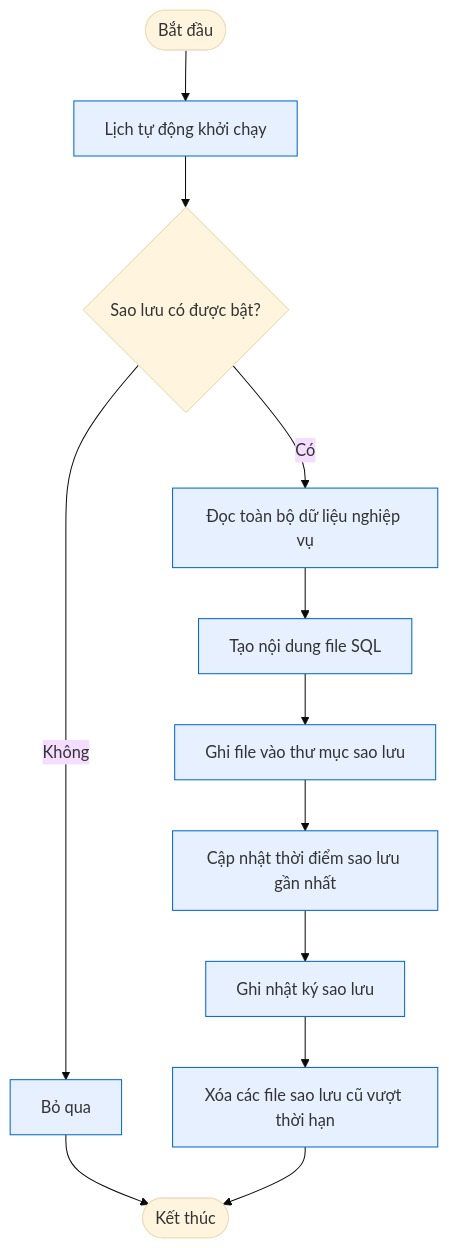
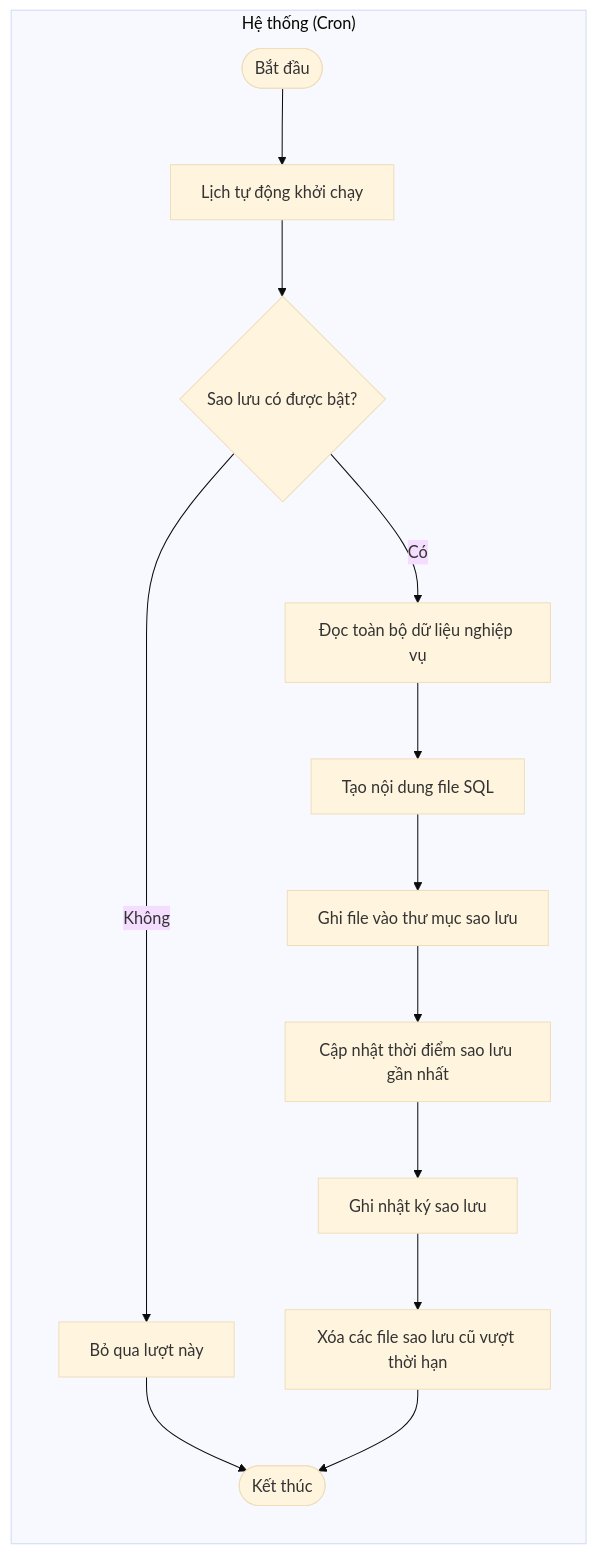
Before and after one commit to tranducbk/DATN_PM_QLKT: the eighth of 8 diagrams in docs/diagrams/02-activity.md, drawn with Mermaid (base theme). The commit also changed other lines of this file and 29 other files, not shown here.

First line of the commit message:
Update CLAUDE.md with additional validation rules and introduce new database schema

````diff
--- a/docs/diagrams/02-activity.md
+++ b/docs/diagrams/02-activity.md
@@ -246,21 +229,21 @@
 ```mermaid
-flowchart TD
-    Start([Bắt đầu])
-    S1[Lịch tự động khởi chạy]
-    D1{Sao lưu có được bật?}
-    S2[Bỏ qua]
-    S3[Đọc toàn bộ dữ liệu nghiệp vụ]
-    S4[Tạo nội dung file SQL]
-    S5[Ghi file vào thư mục sao lưu]
-    S6[Cập nhật thời điểm sao lưu gần nhất]
-    S7[Ghi nhật ký sao lưu]
-    S8[Xóa các file sao lưu cũ vượt thời hạn]
-    End([Kết thúc])
+flowchart LR
+    subgraph HeTHong["Hệ thống (Cron)"]
+        direction TB
+        Start([Bắt đầu])
+        S1[Lịch tự động khởi chạy]
+        D1{Sao lưu có được bật?}
+        S2[Bỏ qua lượt này]
+        S3[Đọc toàn bộ dữ liệu nghiệp vụ]
+        S4[Tạo nội dung file SQL]
+        S5[Ghi file vào thư mục sao lưu]
+        S6[Cập nhật thời điểm sao lưu gần nhất]
+        S7[Ghi nhật ký sao lưu]
+        S8[Xóa các file sao lưu cũ vượt thời hạn]
+        End([Kết thúc])
+    end
 
     Start --> S1 --> D1
     D1 -- Không --> S2 --> End
     D1 -- Có --> S3 --> S4 --> S5 --> S6 --> S7 --> S8 --> End
-
-    classDef system fill:#e6f0ff,stroke:#0066cc
-    class S1,S2,S3,S4,S5,S6,S7,S8 system
 ```
````
